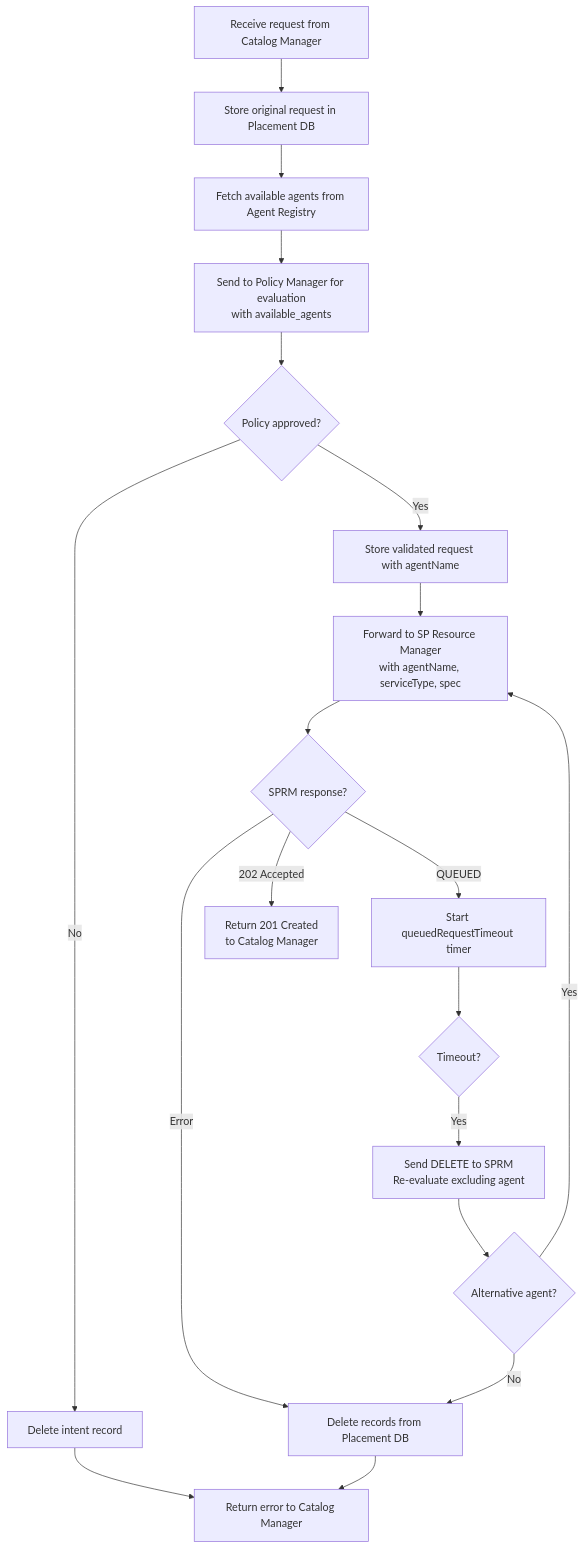
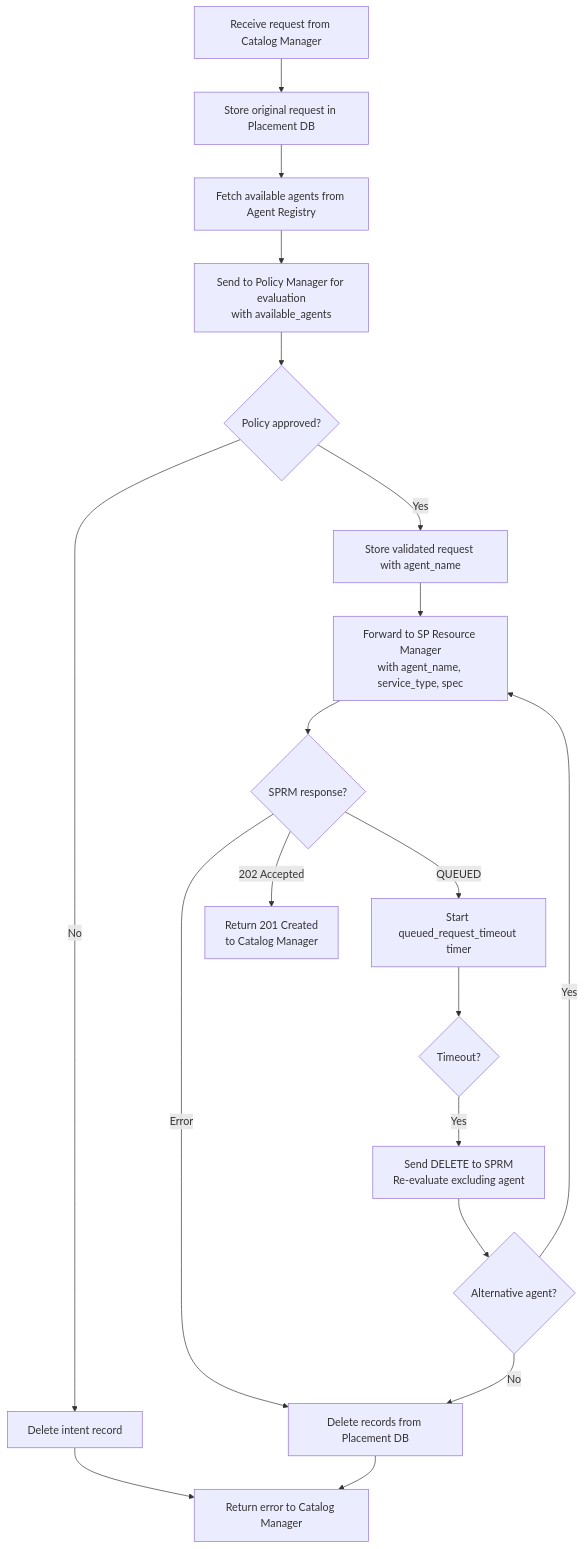
Before and after one commit to dcm-project/enhancements: diagram 15 of 23 in enhancements/user-flows/user-flows.md, drawn with Mermaid. The commit also changed other lines of this file and 19 other files, not shown here.

````diff
--- a/enhancements/user-flows/user-flows.md
+++ b/enhancements/user-flows/user-flows.md
@@ -905,21 +905,21 @@
 ```mermaid
 flowchart TD
     A[Receive request from Catalog Manager] --> B[Store original request in Placement DB]
     B --> C[Fetch available agents from Agent Registry]
     C --> D[Send to Policy Manager for evaluation<br/>with available_agents]
     D --> E{Policy approved?}
     E -->|No| F[Delete intent record]
     F --> G[Return error to Catalog Manager]
-    E -->|Yes| H[Store validated request with agentName]
-    H --> I[Forward to SP Resource Manager<br/>with agentName, serviceType, spec]
+    E -->|Yes| H[Store validated request with agent_name]
+    H --> I[Forward to SP Resource Manager<br/>with agent_name, service_type, spec]
     I --> J{SPRM response?}
     J -->|Error| K[Delete records from Placement DB]
     K --> G
     J -->|202 Accepted| L[Return 201 Created<br/>to Catalog Manager]
-    J -->|QUEUED| M[Start queuedRequestTimeout timer]
+    J -->|QUEUED| M[Start queued_request_timeout timer]
     M --> N{Timeout?}
     N -->|Yes| O[Send DELETE to SPRM<br/>Re-evaluate excluding agent]
     O --> P{Alternative agent?}
     P -->|Yes| I
     P -->|No| K
 ```
````
